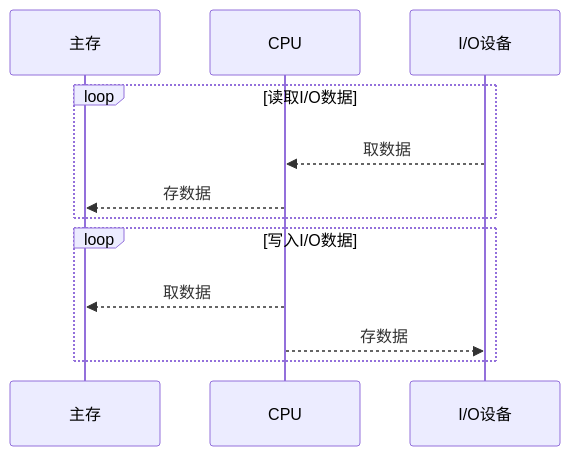
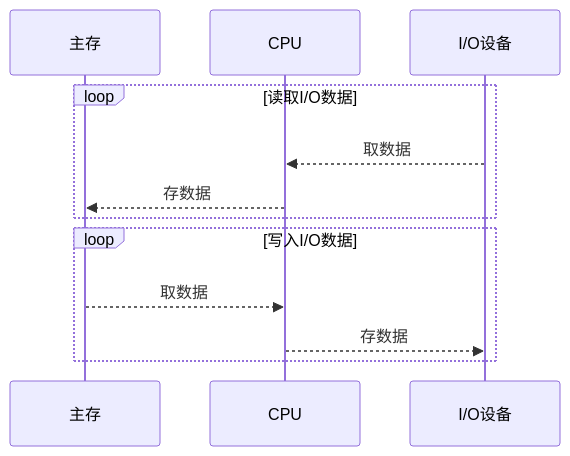
One commit to sorryle/sorryle.github.io changed the second of 4 diagrams in _posts/2021/2021-02-04-system-structure.md. Above: the diagram before and after it, drawn with Mermaid. The commit also changed other lines of this file, not shown here.

````diff
--- a/_posts/2021/2021-02-04-system-structure.md
+++ b/_posts/2021/2021-02-04-system-structure.md
@@ -60,14 +60,14 @@
 ```mermaid
 sequenceDiagram
     participant 主存
     participant CPU
     participant I/O设备
     loop 读取I/O数据
         I/O设备-->>CPU:取数据
         CPU-->>主存:存数据
     end
     loop 写入I/O数据
-    CPU-->>主存:取数据
+    主存-->>CPU:取数据
    	CPU-->>I/O设备:存数据
 	end
 ```
````
